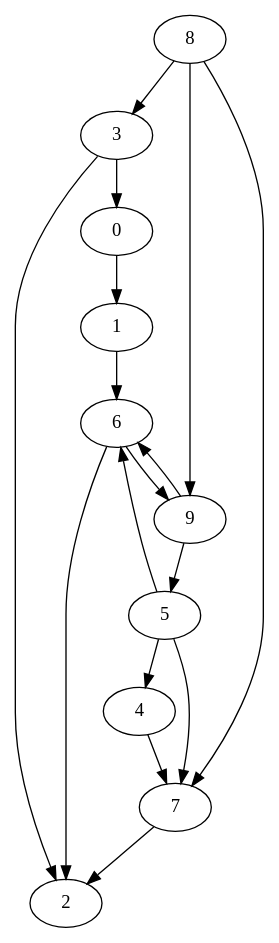
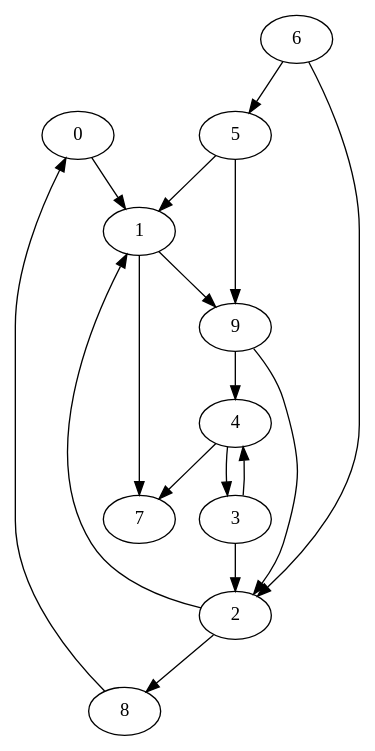
Before and after one commit to belokmaster/math_algs: the diagram in idz_1/petGraph/peterson.dot, drawn with Graphviz. The commit also changed 5 other files, not shown here.

```diff
--- a/idz_1/petGraph/peterson.dot
+++ b/idz_1/petGraph/peterson.dot
@@ -1,31 +1,31 @@
 strict digraph HamiltonianPathGraph {
   // Node definitions.
   0;
   1;
   2;
   3;
   4;
   5;
   6;
   7;
   8;
   9;
 
   // Edge definitions.
   0 -> 1;
-  1 -> 6;
-  3 -> 0;
+  1 -> 7;
+  1 -> 9;
+  2 -> 1;
+  2 -> 8;
   3 -> 2;
+  3 -> 4;
+  4 -> 3;
   4 -> 7;
-  5 -> 4;
-  5 -> 6;
-  5 -> 7;
+  5 -> 1;
+  5 -> 9;
   6 -> 2;
-  6 -> 9;
-  7 -> 2;
-  8 -> 3;
-  8 -> 7;
-  8 -> 9;
-  9 -> 5;
-  9 -> 6;
+  6 -> 5;
+  8 -> 0;
+  9 -> 2;
+  9 -> 4;
 }
```
